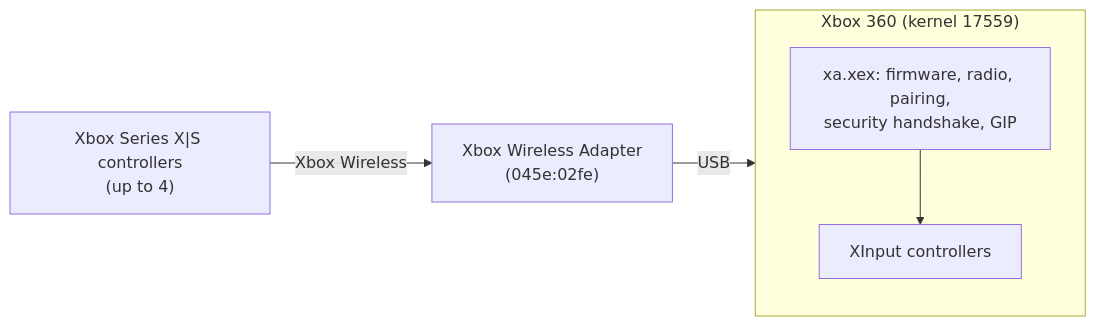
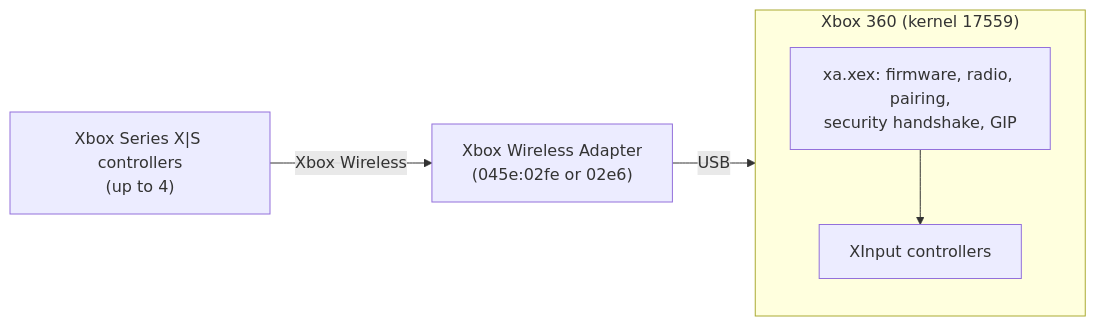
One commit to Jacckii/Xbox360-Series-Controllers-Native changed the diagram in README.md. Above: the diagram before and after it, drawn with Mermaid. The commit also changed other lines of this file and 4 other files, not shown here.

First line of the commit message:
Support the original Xbox Wireless Adapter (045e:02e6)

````diff
--- a/README.md
+++ b/README.md
@@ -21,8 +21,8 @@
 ```mermaid
 flowchart LR
-    C["Xbox Series X|S controllers<br/>(up to 4)"] -- "Xbox Wireless" --> A["Xbox Wireless Adapter<br/>(045e:02fe)"]
+    C["Xbox Series X|S controllers<br/>(up to 4)"] -- "Xbox Wireless" --> A["Xbox Wireless Adapter<br/>(045e:02fe or 02e6)"]
     A -- "USB" --> X360
     subgraph X360["Xbox 360 (kernel 17559)"]
         P["xa.xex: firmware, radio, pairing,<br/>security handshake, GIP"] --> I["XInput controllers"]
     end
 ```
````
